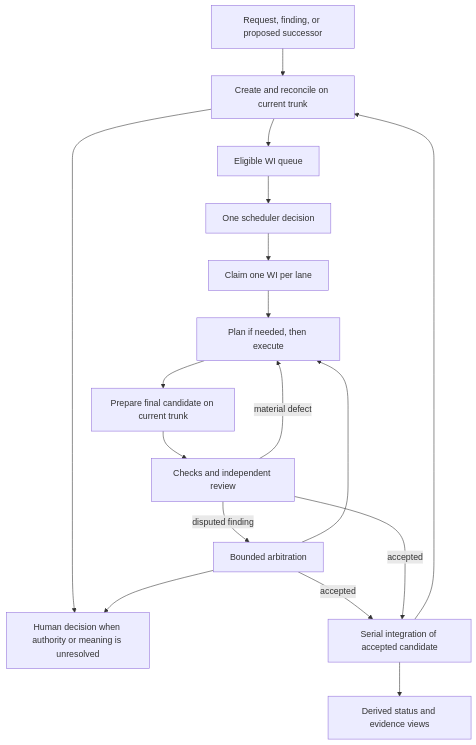
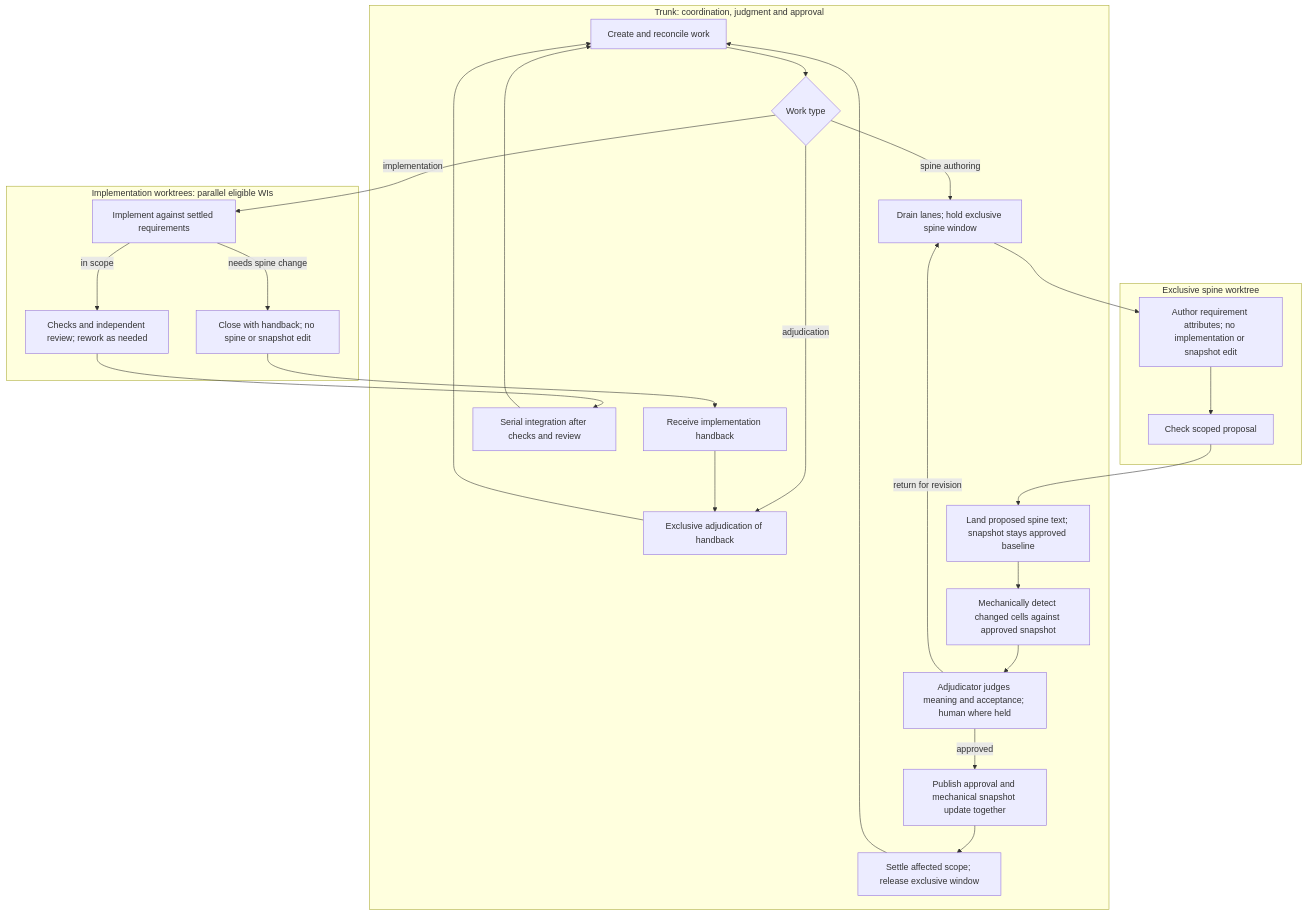
One commit to diytechy/ai-template changed the diagram in docs/ai-template-redesign-2026-09-05-codex/README.md. Above: the diagram before and after it, drawn with Mermaid. The commit also changed other lines of this file and 4 other files, not shown here.

Commit message:
docs: Clarify exclusive spine flow and audit adjudicator continuity

````diff
--- a/docs/ai-template-redesign-2026-09-05-codex/README.md
+++ b/docs/ai-template-redesign-2026-09-05-codex/README.md
@@ -157,19 +163,32 @@
 ```mermaid
 flowchart TD
-    R[Request, finding, or proposed successor] --> I[Create and reconcile on current trunk]
-    I --> Q[Eligible WI queue]
-    I --> H[Human decision when authority or meaning is unresolved]
-    Q --> S[One scheduler decision]
-    S --> D[Claim one WI per lane]
-    D --> P[Plan if needed, then execute]
-    P --> C[Prepare final candidate on current trunk]
-    C --> T[Checks and independent review]
-    T -->|material defect| P
-    T -->|disputed finding| A[Bounded arbitration]
-    A --> P
-    A --> H
-    A -->|accepted| M[Serial integration of accepted candidate]
-    T -->|accepted| M
-    M --> I
-    M --> V[Derived status and evidence views]
+    subgraph Trunk[Trunk: coordination, judgment and approval]
+        I[Create and reconcile work] --> K{Work type}
+        K -->|spine authoring| E[Drain lanes; hold exclusive spine window]
+        K -->|adjudication| J
+        H[Receive implementation handback] --> J[Exclusive adjudication of handback]
+        J --> I
+        M[Serial integration after checks and review] --> I
+        L[Land proposed spine text; snapshot stays approved baseline]
+        L --> D[Mechanically detect changed cells against approved snapshot]
+        D --> A[Adjudicator judges meaning and acceptance; human where held]
+        A -->|return for revision| E
+        A -->|approved| S[Publish approval and mechanical snapshot update together]
+        S --> U[Settle affected scope; release exclusive window]
+        U --> I
+    end
+    subgraph Ordinary[Implementation worktrees: parallel eligible WIs]
+        B[Implement against settled requirements]
+        B -->|in scope| R[Checks and independent review; rework as needed]
+        B -->|needs spine change| HB[Close with handback; no spine or snapshot edit]
+    end
+    subgraph Spine[Exclusive spine worktree]
+        P[Author requirement attributes; no implementation or snapshot edit]
+        P --> C[Check scoped proposal]
+    end
+    K -->|implementation| B
+    R --> M
+    HB --> H
+    E --> P
+    C --> L
 ```
````
